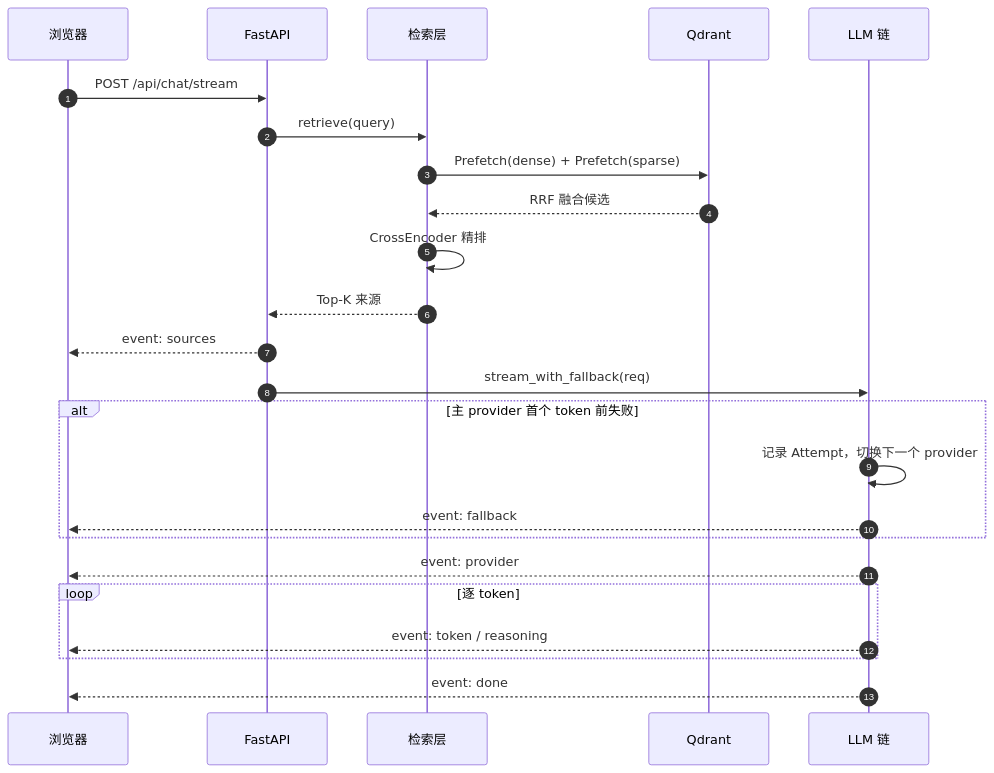
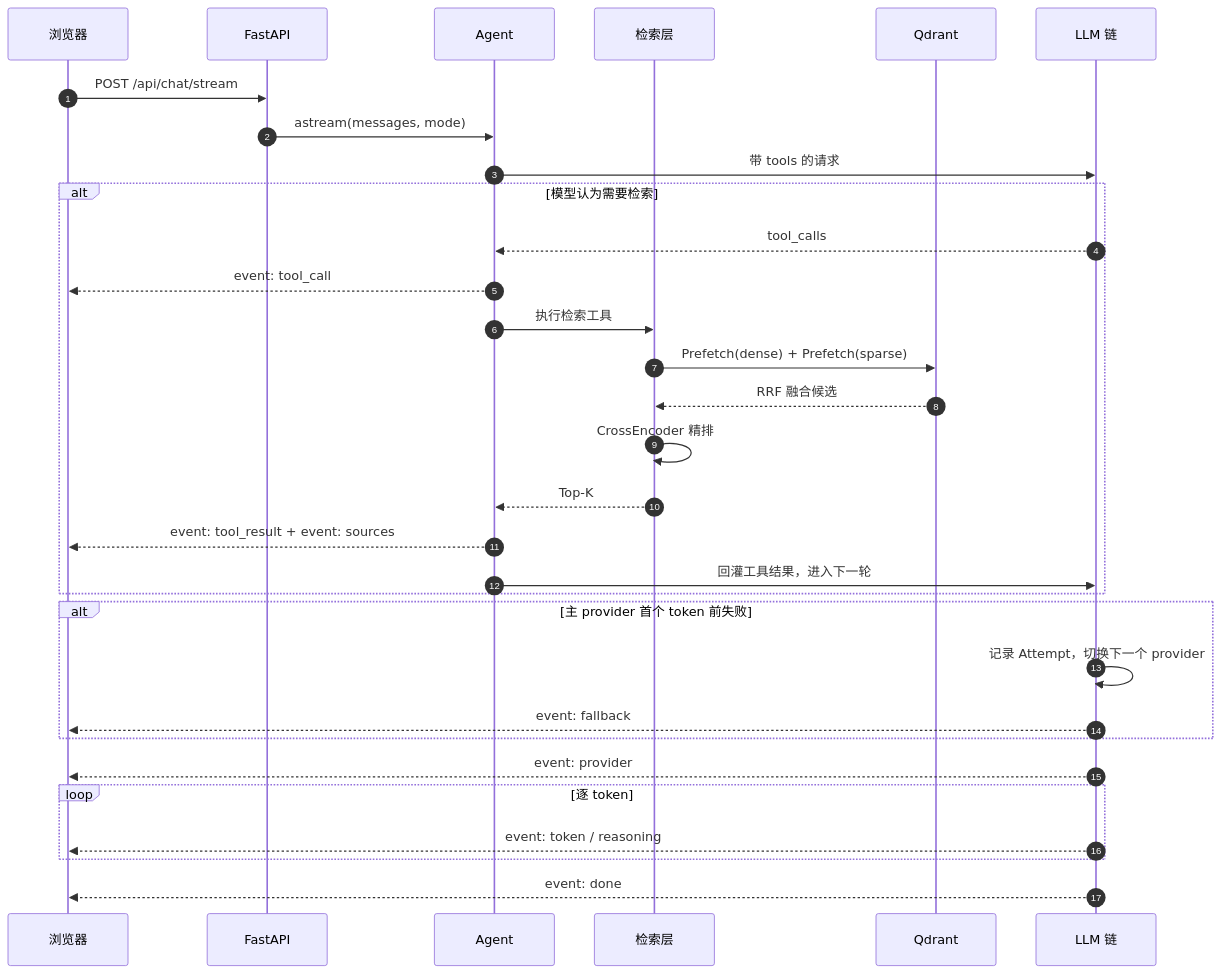
One commit to HoarHam/Bidding_QA_Chatbot changed the second of 2 diagrams in docs/architecture.md. Above: the diagram before and after it, drawn with Mermaid. The commit also changed other lines of this file and 25 other files, not shown here.

````diff
--- a/docs/architecture.md
+++ b/docs/architecture.md
@@ -46,27 +48,34 @@
 ```mermaid
 sequenceDiagram
     autonumber
     participant U as 浏览器
     participant A as FastAPI
+    participant AG as Agent
     participant R as 检索层
     participant Q as Qdrant
     participant L as LLM 链
 
     U->>A: POST /api/chat/stream
-    A->>R: retrieve(query)
-    R->>Q: Prefetch(dense) + Prefetch(sparse)
-    Q-->>R: RRF 融合候选
-    R->>R: CrossEncoder 精排
-    R-->>A: Top-K 来源
-    A-->>U: event: sources
-    A->>L: stream_with_fallback(req)
+    A->>AG: astream(messages, mode)
+    AG->>L: 带 tools 的请求
+    alt 模型认为需要检索
+        L-->>AG: tool_calls
+        AG-->>U: event: tool_call
+        AG->>R: 执行检索工具
+        R->>Q: Prefetch(dense) + Prefetch(sparse)
+        Q-->>R: RRF 融合候选
+        R->>R: CrossEncoder 精排
+        R-->>AG: Top-K
+        AG-->>U: event: tool_result + event: sources
+        AG->>L: 回灌工具结果，进入下一轮
+    end
     alt 主 provider 首个 token 前失败
         L->>L: 记录 Attempt，切换下一个 provider
         L-->>U: event: fallback
     end
     L-->>U: event: provider
     loop 逐 token
         L-->>U: event: token / reasoning
     end
     L-->>U: event: done
 ```
````
